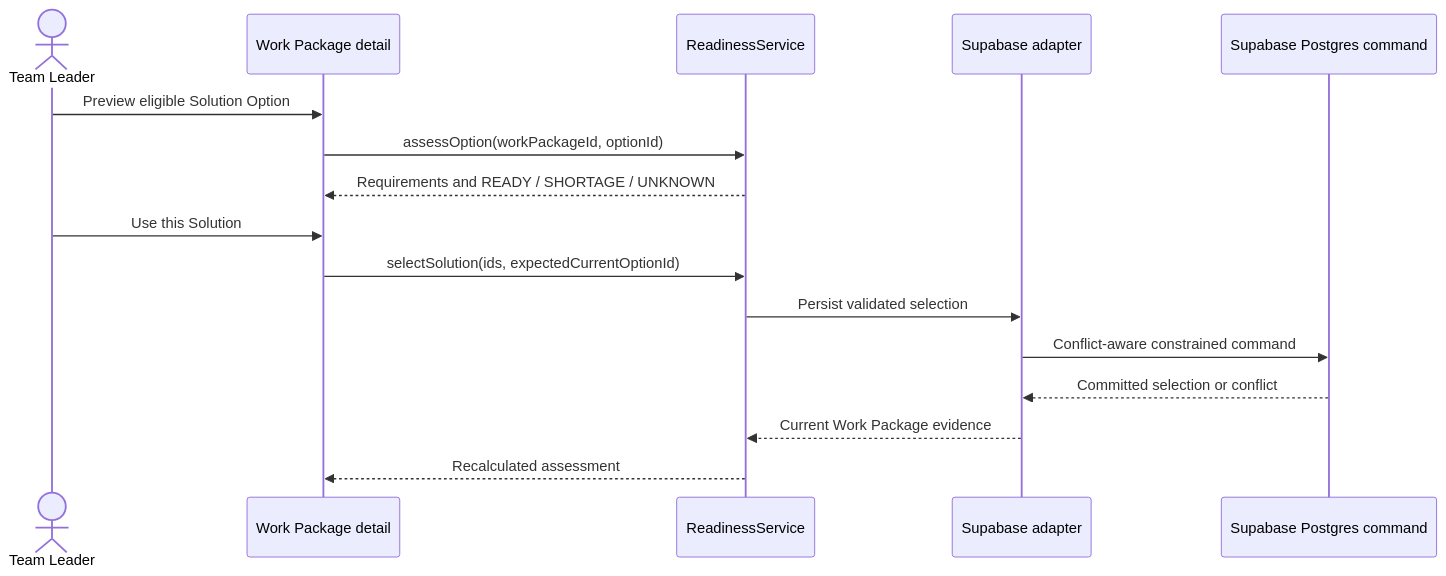
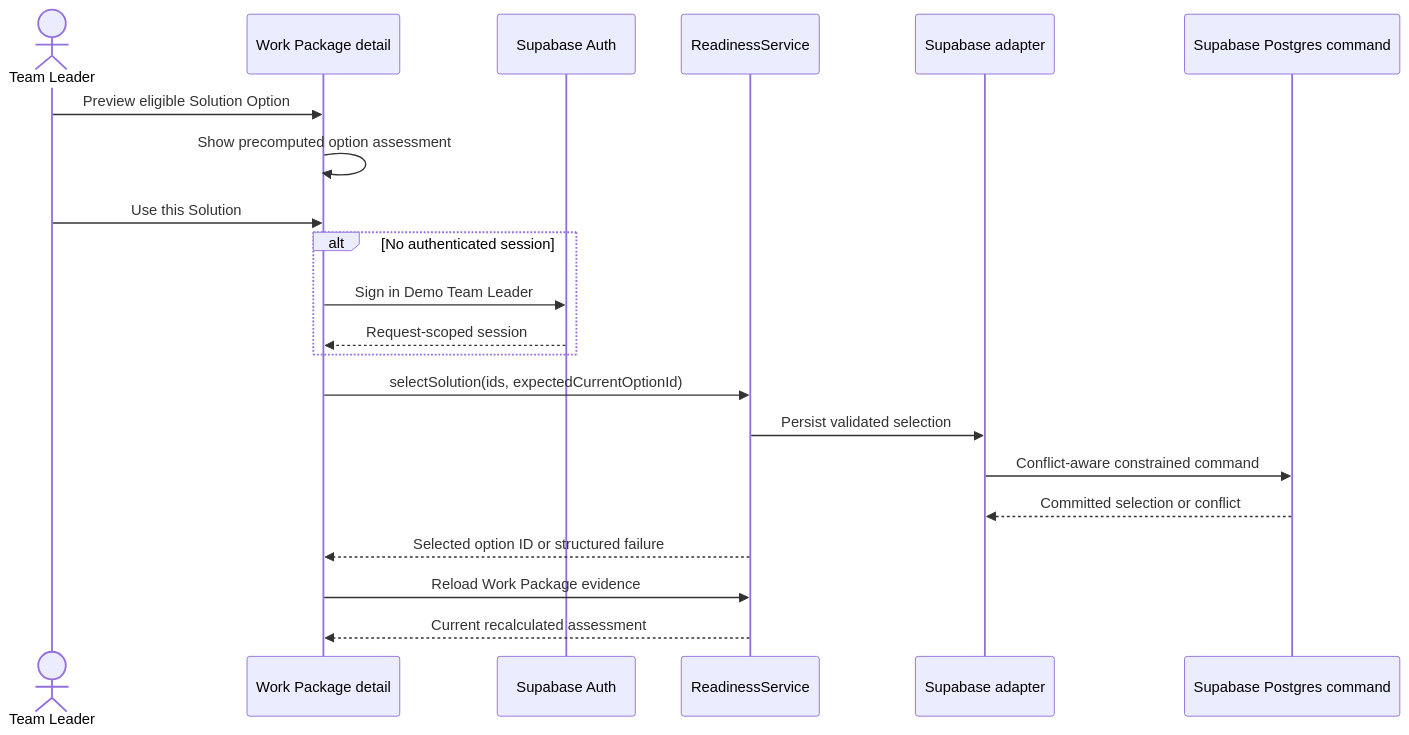
One commit to jiqiang90/qantum-stock changed the third of 7 diagrams in docs/architecture/overview.md. Above: the diagram before and after it, drawn with Mermaid. The commit also changed other lines of this file and 71 other files, not shown here.

````diff
--- a/docs/architecture/overview.md
+++ b/docs/architecture/overview.md
@@ -109,19 +110,24 @@
 ```mermaid
 sequenceDiagram
     actor TL as Team Leader
     participant Page as Work Package detail
+    participant Auth as Supabase Auth
     participant Service as ReadinessService
     participant Repo as Supabase adapter
     participant DB as Supabase Postgres command
 
     TL->>Page: Preview eligible Solution Option
-    Page->>Service: assessOption(workPackageId, optionId)
-    Service-->>Page: Requirements and READY / SHORTAGE / UNKNOWN
+    Page->>Page: Show precomputed option assessment
     TL->>Page: Use this Solution
+    alt No authenticated session
+        Page->>Auth: Sign in Demo Team Leader
+        Auth-->>Page: Request-scoped session
+    end
     Page->>Service: selectSolution(ids, expectedCurrentOptionId)
     Service->>Repo: Persist validated selection
     Repo->>DB: Conflict-aware constrained command
     DB-->>Repo: Committed selection or conflict
-    Repo-->>Service: Current Work Package evidence
-    Service-->>Page: Recalculated assessment
+    Service-->>Page: Selected option ID or structured failure
+    Page->>Service: Reload Work Package evidence
+    Service-->>Page: Current recalculated assessment
 ```
````
